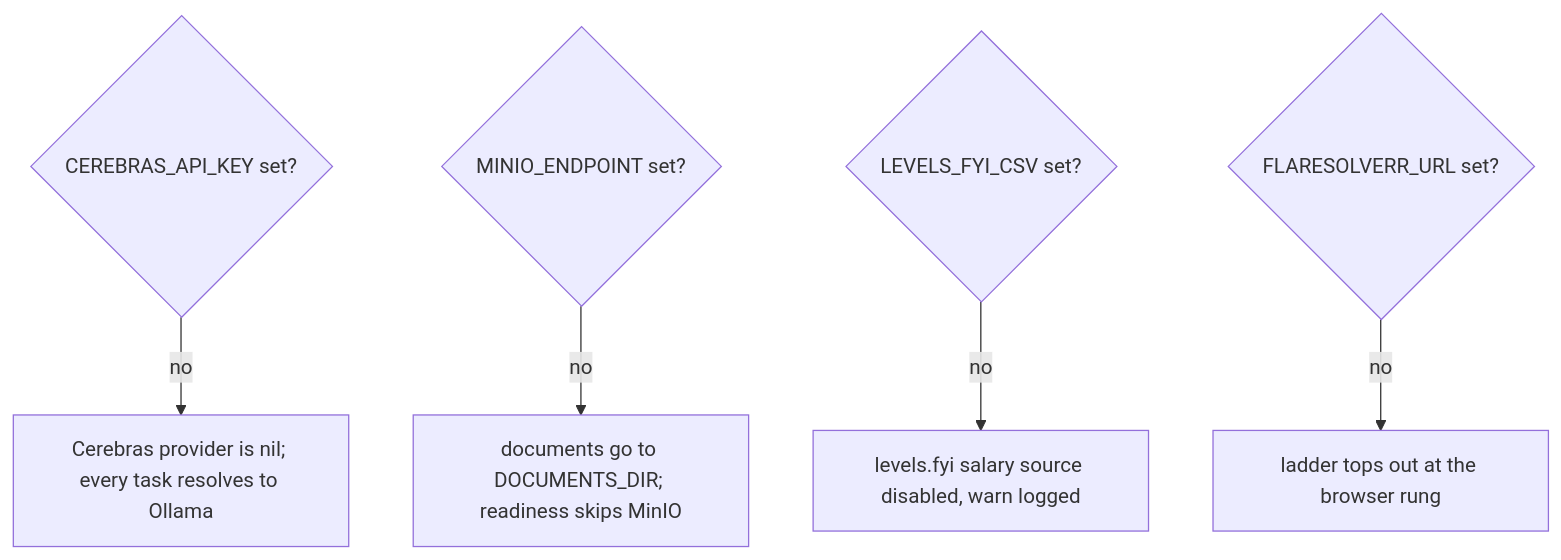
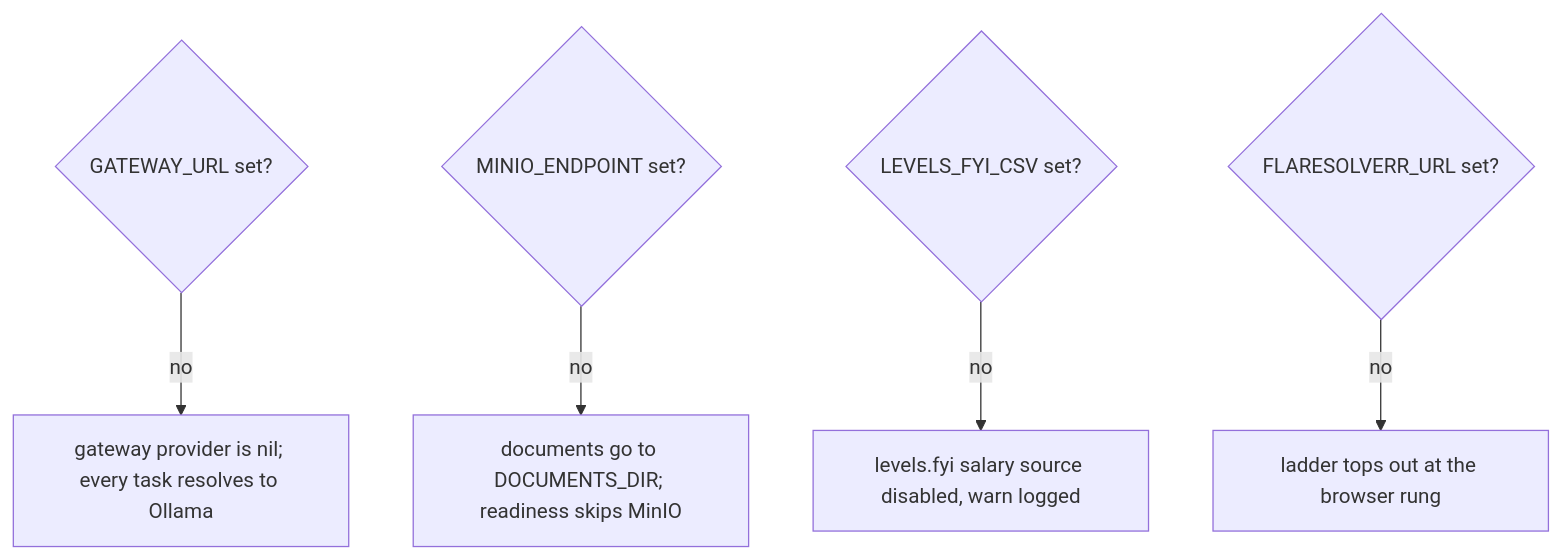
One commit to nonamecat19/job-finder changed the second of 4 diagrams in docs/docs/backend/configuration.md. Above: the diagram before and after it, drawn with Mermaid. The commit also changed other lines of this file and 38 other files, not shown here.

````diff
--- a/docs/docs/backend/configuration.md
+++ b/docs/docs/backend/configuration.md
@@ -63,7 +63,7 @@
 ```mermaid
 flowchart TD
-    Q1{"CEREBRAS_API_KEY set?"} -->|no| A1["Cerebras provider is nil; every task resolves to Ollama"]
+    Q1{"GATEWAY_URL set?"} -->|no| A1["gateway provider is nil; every task resolves to Ollama"]
     Q2{"MINIO_ENDPOINT set?"} -->|no| A2["documents go to DOCUMENTS_DIR; readiness skips MinIO"]
     Q3{"LEVELS_FYI_CSV set?"} -->|no| A3["levels.fyi salary source disabled, warn logged"]
     Q4{"FLARESOLVERR_URL set?"} -->|no| A4["ladder tops out at the browser rung"]
 ```
````
